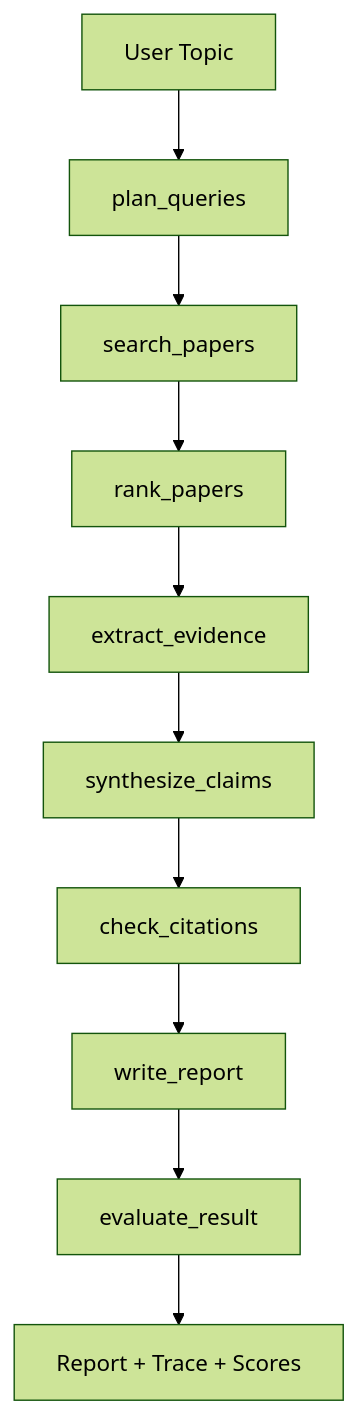
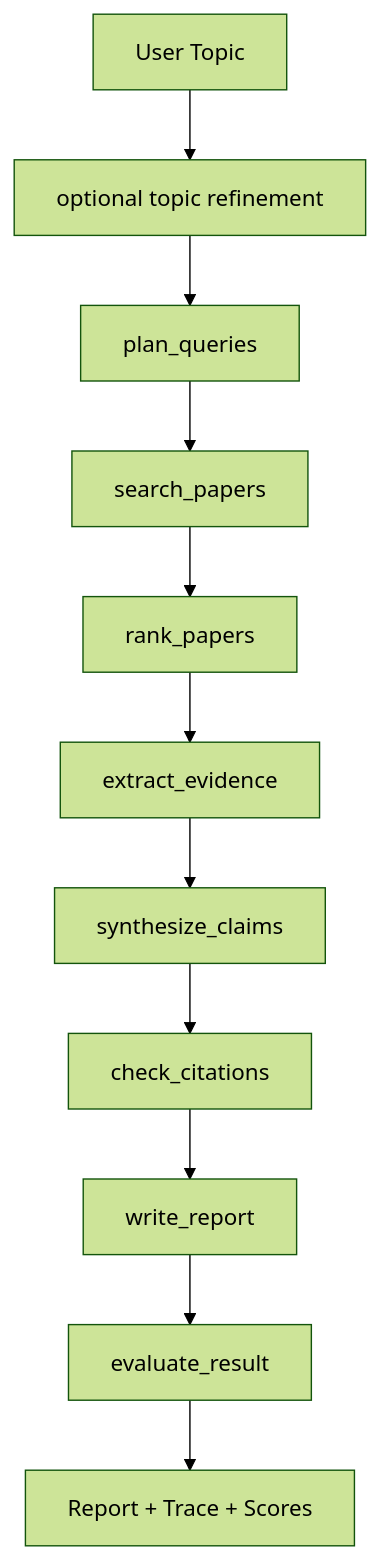
One commit to xinyizhiren/cs599-project changed the second of 3 diagrams in docs/CS599_大作业报告.md. Above: the diagram before and after it, drawn with Mermaid (forest theme). The commit also changed other lines of this file and 19 other files, not shown here.

Commit message:
Add fuzzy topic refinement and multi-angle planning

````diff
--- a/docs/CS599_大作业报告.md
+++ b/docs/CS599_大作业报告.md
@@ -140,12 +140,13 @@
 ```mermaid
 flowchart TD
-    A["User Topic"] --> B["plan_queries"]
+    A["User Topic"] --> R["optional topic refinement"]
+    R --> B["plan_queries"]
     B --> C["search_papers"]
     C --> D["rank_papers"]
     D --> E["extract_evidence"]
     E --> F["synthesize_claims"]
     F --> G["check_citations"]
     G --> H["write_report"]
     H --> I["evaluate_result"]
     I --> J["Report + Trace + Scores"]
 ```
````
